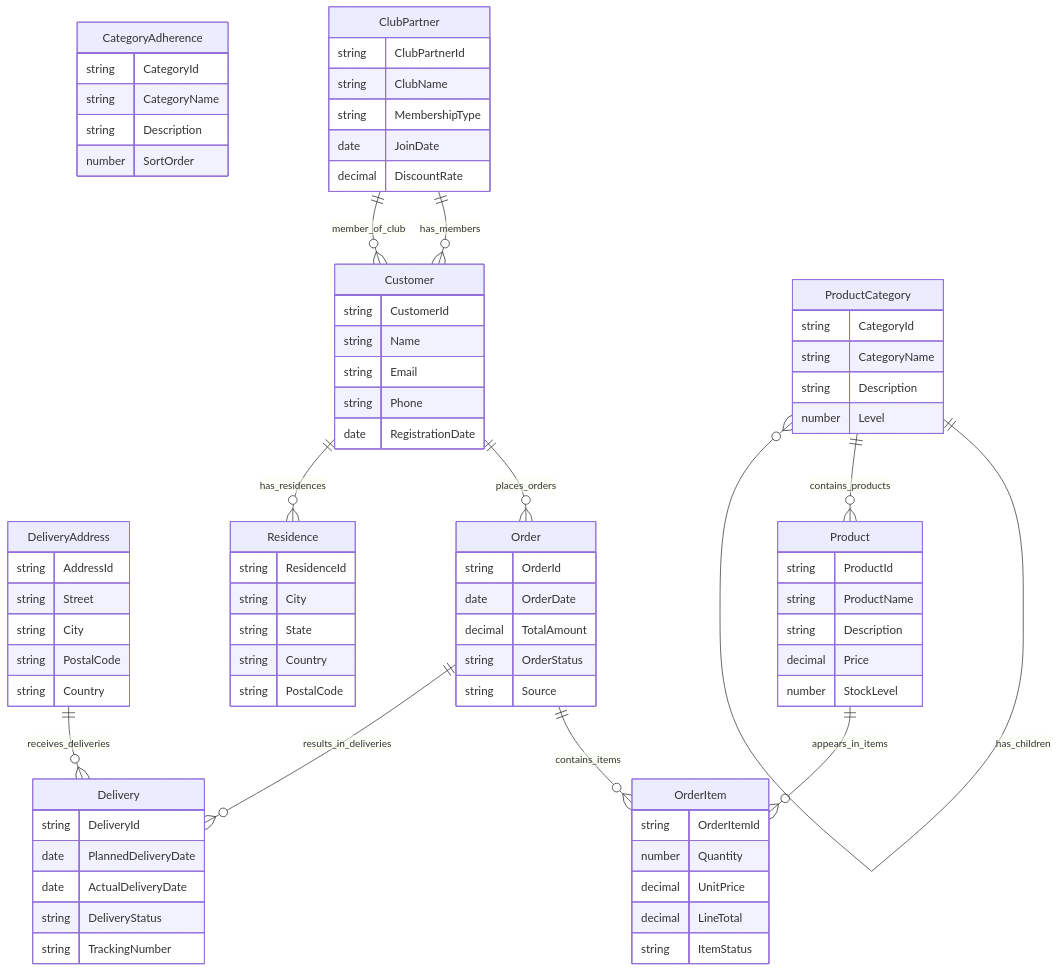
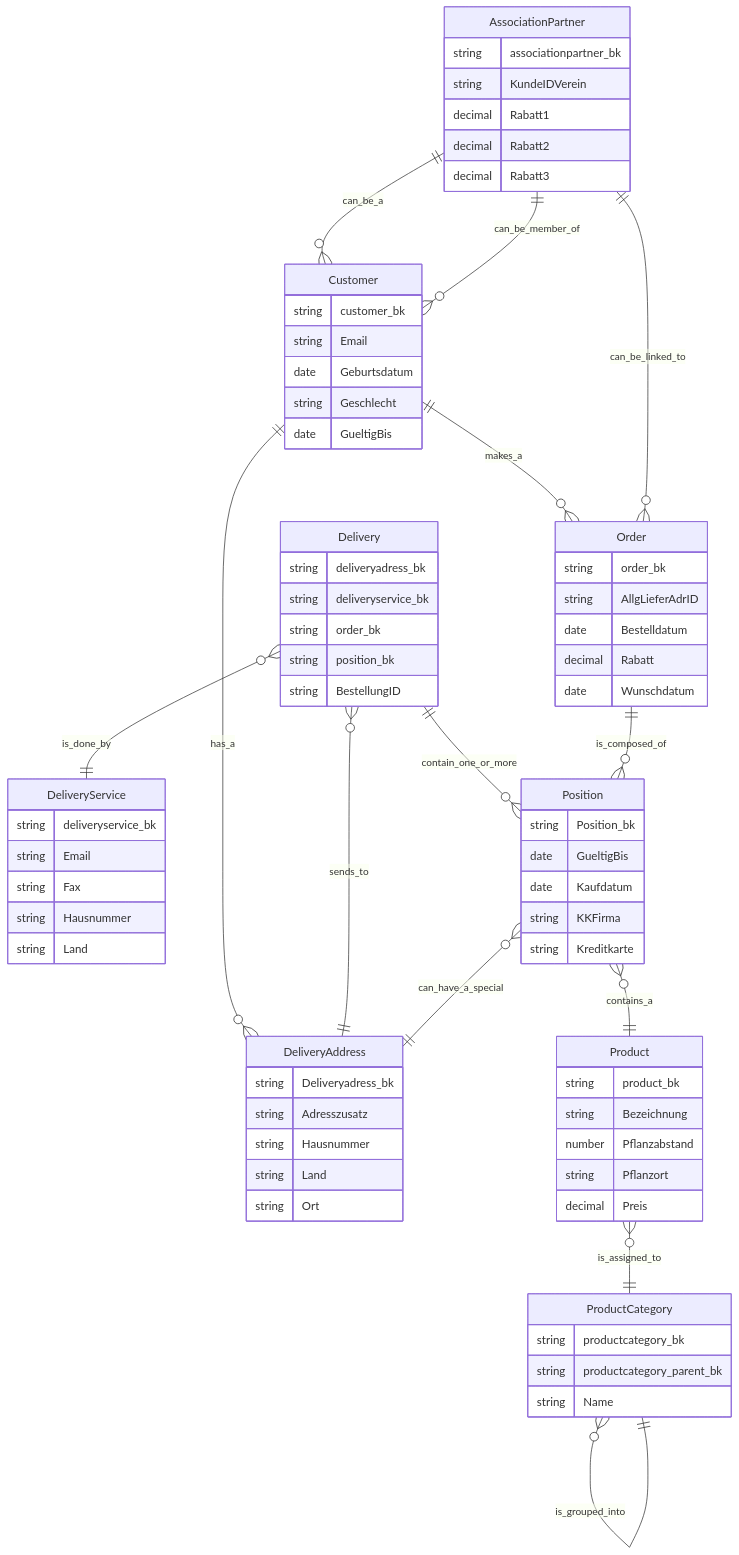
Before and after one commit to AndreasHaasErlangen/willibald-dbt-metadata-as-code: the diagram in docs/entity_diagram.md, drawn with Mermaid. The commit also changed other lines of this file and 23 other files, not shown here.

````diff
--- a/docs/entity_diagram.md
+++ b/docs/entity_diagram.md
@@ -5,83 +5,83 @@
 ```mermaid
 erDiagram
-    CategoryAdherence {
-        string CategoryId
-        string CategoryName
-        string Description
-        number SortOrder
-    }
-    ClubPartner {
-        string ClubPartnerId
-        string ClubName
-        string MembershipType
-        date JoinDate
-        decimal DiscountRate
+    AssociationPartner {
+        string associationpartner_bk
+        string KundeIDVerein
+        decimal Rabatt1
+        decimal Rabatt2
+        decimal Rabatt3
     }
     Customer {
-        string CustomerId
-        string Name
+        string customer_bk
         string Email
-        string Phone
-        date RegistrationDate
+        date Geburtsdatum
+        string Geschlecht
+        date GueltigBis
     }
     Delivery {
-        string DeliveryId
-        date PlannedDeliveryDate
-        date ActualDeliveryDate
-        string DeliveryStatus
-        string TrackingNumber
+        string deliveryadress_bk
+        string deliveryservice_bk
+        string order_bk
+        string position_bk
+        string BestellungID
+
     }
     DeliveryAddress {
-        string AddressId
-        string Street
-        string City
-        string PostalCode
-        string Country
+        string Deliveryadress_bk
+        string Adresszusatz
+        string Hausnummer
+        string Land
+        string Ort
+
+    }
+    DeliveryService {
+        string deliveryservice_bk
+        string Email
+        string Fax
+        string Hausnummer
+        string Land
+
     }
     Order {
-        string OrderId
-        date OrderDate
-        decimal TotalAmount
-        string OrderStatus
-        string Source
+        string order_bk
+        string AllgLieferAdrID
+        date Bestelldatum
+        decimal Rabatt
+        date Wunschdatum
     }
-    OrderItem {
-        string OrderItemId
-        number Quantity
-        decimal UnitPrice
-        decimal LineTotal
-        string ItemStatus
+    Position {
+        string Position_bk
+        date GueltigBis
+        date Kaufdatum
+        string KKFirma
+        string Kreditkarte
+
     }
     Product {
-        string ProductId
-        string ProductName
-        string Description
-        decimal Price
-        number StockLevel
+        string product_bk
+        string Bezeichnung
+        number Pflanzabstand
+        string Pflanzort
+        decimal Preis
+
     }
     ProductCategory {
-        string CategoryId
-        string CategoryName
-        string Description
-        number Level
-    }
-    Residence {
-        string ResidenceId
-        string City
-        string State
-        string Country
-        string PostalCode
+        string productcategory_bk
+        string productcategory_parent_bk
+        string Name
     }
 
-    ClubPartner ||--o{ Customer : has_members
-    Customer ||--o{ Order : places_orders
-    Customer ||--o{ Residence : has_residences
-    Customer }o--|| ClubPartner : member_of_club
-    DeliveryAddress ||--o{ Delivery : receives_deliveries
-    Order ||--o{ OrderItem : contains_items
-    Order ||--o{ Delivery : results_in_deliveries
-    Product ||--o{ OrderItem : appears_in_items
-    ProductCategory }o--|| ProductCategory : has_parent
-    ProductCategory ||--o{ ProductCategory : has_children
-    ProductCategory ||--o{ Product : contains_products
+    AssociationPartner ||--o{ Customer : can_be_a
+    Customer ||--o{ Order : makes_a
+    Customer ||--o{ DeliveryAddress : has_a
+    Customer }o--|| AssociationPartner : can_be_member_of
+    Delivery ||--o{ Position : contain_one_or_more
+    Delivery }o--|| DeliveryService : is_done_by
+    Delivery }o--|| DeliveryAddress : sends_to
+    Order ||--o{ Position : is_composed_of
+    Order }o--|| AssociationPartner : can_be_linked_to
+    Position }o--|| Product : contains_a
+    Position }o--|| DeliveryAddress : can_have_a_special
+    Product }o--|| ProductCategory : is_assigned_to
+    ProductCategory }o--|| ProductCategory : is_grouped_into
 ```
````
